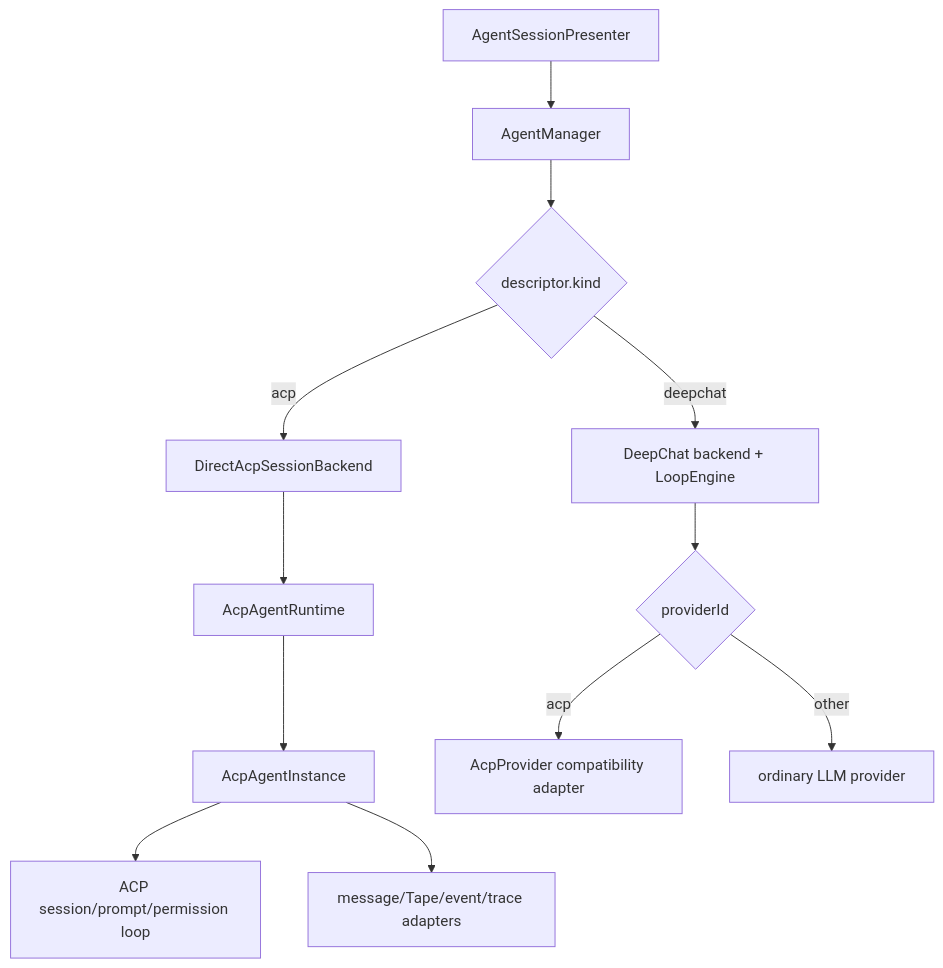
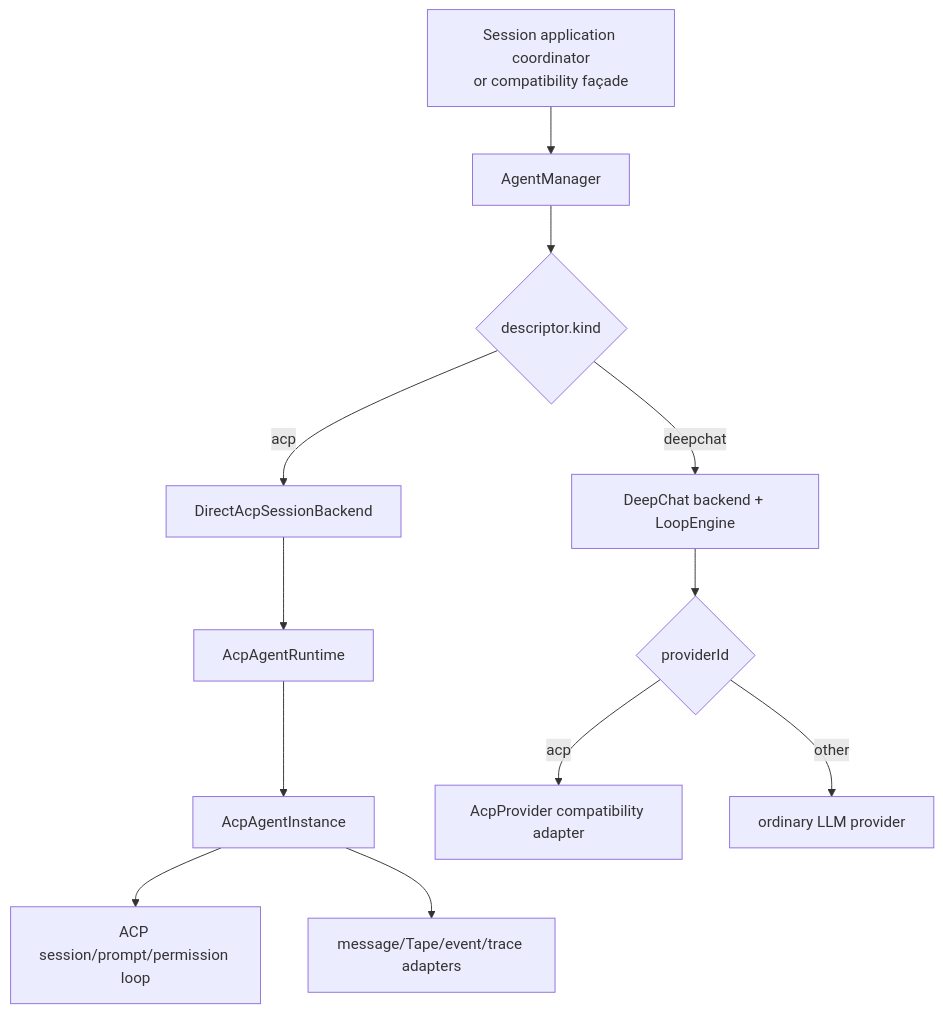
One commit to ThinkInAIXYZ/deepchat changed the fifth of 9 diagrams in docs/FLOWS.md. Above: the diagram before and after it, drawn with Mermaid. The commit also changed other lines of this file and 8 other files, not shown here.

````diff
--- a/docs/FLOWS.md
+++ b/docs/FLOWS.md
@@ -149,14 +150,14 @@
 ```mermaid
 flowchart TD
-    Route["AgentSessionPresenter"] --> Manager["AgentManager"]
+    Route["Session application coordinator<br/>or compatibility façade"] --> Manager["AgentManager"]
     Manager --> Kind{"descriptor.kind"}
     Kind -->|acp| Direct["DirectAcpSessionBackend"]
     Direct --> AcpRuntime["AcpAgentRuntime"]
     AcpRuntime --> AcpInstance["AcpAgentInstance"]
     AcpInstance --> Protocol["ACP session/prompt/permission loop"]
     AcpInstance --> Projection["message/Tape/event/trace adapters"]
     Kind -->|deepchat| Deep["DeepChat backend + LoopEngine"]
     Deep --> Provider{"providerId"}
     Provider -->|acp| Compat["AcpProvider compatibility adapter"]
     Provider -->|other| LLM["ordinary LLM provider"]
 ```
````
